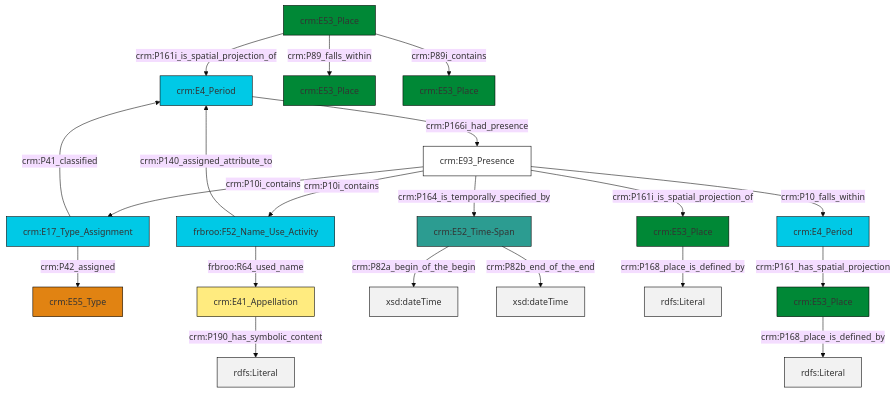
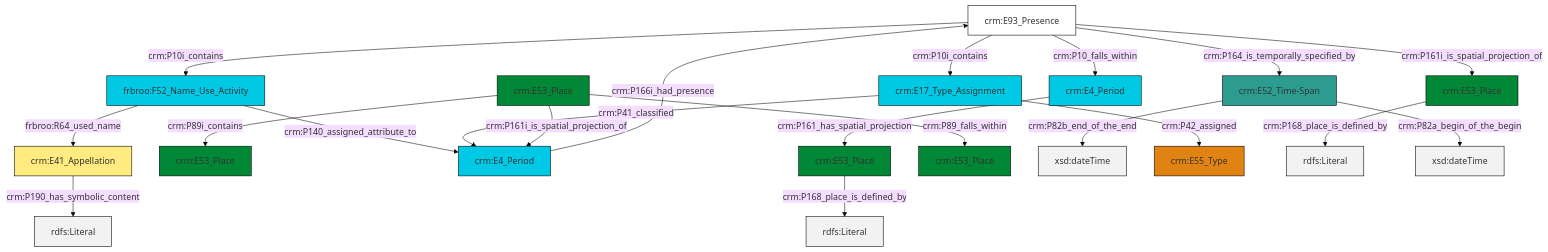
Before and after one commit to swiss-art-research-net/docs.swissartresearch: the diagram in et/placeCSV/ttl/mmd/place_parthood.ttl.mmd, drawn with Mermaid (base theme). The commit also changed 181 other files, not shown here.

```diff
--- a/et/placeCSV/ttl/mmd/place_parthood.ttl.mmd
+++ b/et/placeCSV/ttl/mmd/place_parthood.ttl.mmd
@@ -1,34 +1,34 @@
 graph TD
 classDef Literal fill:#f2f2f2,stroke:#000000;
 classDef CRM_Entity fill:#FFFFFF,stroke:#000000;
 classDef Temporal_Entity fill:#00C9E6, stroke:#000000;
 classDef Type fill:#E18312, stroke:#000000;
 classDef Time-Span fill:#2C9C91, stroke:#000000;
 classDef Appellation fill:#FFEB7F, stroke:#000000;
 classDef Place fill:#008836, stroke:#000000;
 classDef Persistent_Item fill:#B266B2, stroke:#000000;
 classDef Conceptual_Object fill:#FFD700, stroke:#000000;
 classDef Physical_Thing fill:#D2B48C, stroke:#000000;
 classDef Actor fill:#f58aad, stroke:#000000;
 classDef PC_Classes fill:#4ce600, stroke:#000000;
 classDef Multi fill:#cccccc,stroke:#000000;
 
+0["crm:E41_Appellation"]:::Appellation -->|crm:P190_has_symbolic_content| 1[rdfs:Literal]:::Literal
 4["crm:E93_Presence"]:::CRM_Entity -->|crm:P10i_contains| 5["crm:E17_Type_Assignment"]:::Temporal_Entity
-8["frbroo:F52_Name_Use_Activity"]:::Temporal_Entity -->|frbroo:R64_used_name| 9["crm:E41_Appellation"]:::Appellation
-10["crm:E52_Time-Span"]:::Time-Span -->|crm:P82a_begin_of_the_begin| 11[xsd:dateTime]:::Literal
-4["crm:E93_Presence"]:::CRM_Entity -->|crm:P10i_contains| 8["frbroo:F52_Name_Use_Activity"]:::Temporal_Entity
-10["crm:E52_Time-Span"]:::Time-Span -->|crm:P82b_end_of_the_end| 14[xsd:dateTime]:::Literal
-8["frbroo:F52_Name_Use_Activity"]:::Temporal_Entity -->|crm:P140_assigned_attribute_to| 2["crm:E4_Period"]:::Temporal_Entity
-0["crm:E53_Place"]:::Place -->|crm:P168_place_is_defined_by| 16[rdfs:Literal]:::Literal
-4["crm:E93_Presence"]:::CRM_Entity -->|crm:P164_is_temporally_specified_by| 10["crm:E52_Time-Span"]:::Time-Span
-18["crm:E53_Place"]:::Place -->|crm:P89_falls_within| 19["crm:E53_Place"]:::Place
-4["crm:E93_Presence"]:::CRM_Entity -->|crm:P161i_is_spatial_projection_of| 0["crm:E53_Place"]:::Place
-12["crm:E4_Period"]:::Temporal_Entity -->|crm:P161_has_spatial_projection| 21["crm:E53_Place"]:::Place
-21["crm:E53_Place"]:::Place -->|crm:P168_place_is_defined_by| 24[rdfs:Literal]:::Literal
-18["crm:E53_Place"]:::Place -->|crm:P89i_contains| 22["crm:E53_Place"]:::Place
-2["crm:E4_Period"]:::Temporal_Entity -->|crm:P166i_had_presence| 4["crm:E93_Presence"]:::CRM_Entity
-5["crm:E17_Type_Assignment"]:::Temporal_Entity -->|crm:P41_classified| 2["crm:E4_Period"]:::Temporal_Entity
-18["crm:E53_Place"]:::Place -->|crm:P161i_is_spatial_projection_of| 2["crm:E4_Period"]:::Temporal_Entity
-9["crm:E41_Appellation"]:::Appellation -->|crm:P190_has_symbolic_content| 28[rdfs:Literal]:::Literal
-5["crm:E17_Type_Assignment"]:::Temporal_Entity -->|crm:P42_assigned| 6["crm:E55_Type"]:::Type
-4["crm:E93_Presence"]:::CRM_Entity -->|crm:P10_falls_within| 12["crm:E4_Period"]:::Temporal_Entity
+6["frbroo:F52_Name_Use_Activity"]:::Temporal_Entity -->|crm:P140_assigned_attribute_to| 7["crm:E4_Period"]:::Temporal_Entity
+4["crm:E93_Presence"]:::CRM_Entity -->|crm:P10i_contains| 6["frbroo:F52_Name_Use_Activity"]:::Temporal_Entity
+14["crm:E53_Place"]:::Place -->|crm:P89_falls_within| 11["crm:E53_Place"]:::Place
+9["crm:E53_Place"]:::Place -->|crm:P168_place_is_defined_by| 16[rdfs:Literal]:::Literal
+20["crm:E52_Time-Span"]:::Time-Span -->|crm:P82b_end_of_the_end| 21[xsd:dateTime]:::Literal
+5["crm:E17_Type_Assignment"]:::Temporal_Entity -->|crm:P41_classified| 7["crm:E4_Period"]:::Temporal_Entity
+4["crm:E93_Presence"]:::CRM_Entity -->|crm:P164_is_temporally_specified_by| 20["crm:E52_Time-Span"]:::Time-Span
+4["crm:E93_Presence"]:::CRM_Entity -->|crm:P10_falls_within| 25["crm:E4_Period"]:::Temporal_Entity
+14["crm:E53_Place"]:::Place -->|crm:P161i_is_spatial_projection_of| 7["crm:E4_Period"]:::Temporal_Entity
+5["crm:E17_Type_Assignment"]:::Temporal_Entity -->|crm:P42_assigned| 23["crm:E55_Type"]:::Type
+14["crm:E53_Place"]:::Place -->|crm:P89i_contains| 2["crm:E53_Place"]:::Place
+25["crm:E4_Period"]:::Temporal_Entity -->|crm:P161_has_spatial_projection| 9["crm:E53_Place"]:::Place
+17["crm:E53_Place"]:::Place -->|crm:P168_place_is_defined_by| 29[rdfs:Literal]:::Literal
+4["crm:E93_Presence"]:::CRM_Entity -->|crm:P161i_is_spatial_projection_of| 17["crm:E53_Place"]:::Place
+7["crm:E4_Period"]:::Temporal_Entity -->|crm:P166i_had_presence| 4["crm:E93_Presence"]:::CRM_Entity
+6["frbroo:F52_Name_Use_Activity"]:::Temporal_Entity -->|frbroo:R64_used_name| 0["crm:E41_Appellation"]:::Appellation
+20["crm:E52_Time-Span"]:::Time-Span -->|crm:P82a_begin_of_the_begin| 30[xsd:dateTime]:::Literal
```
